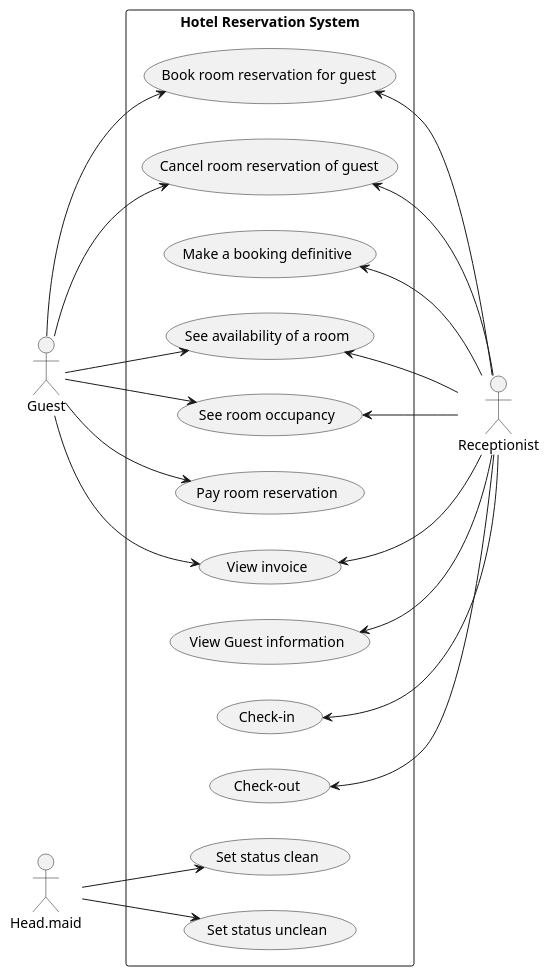
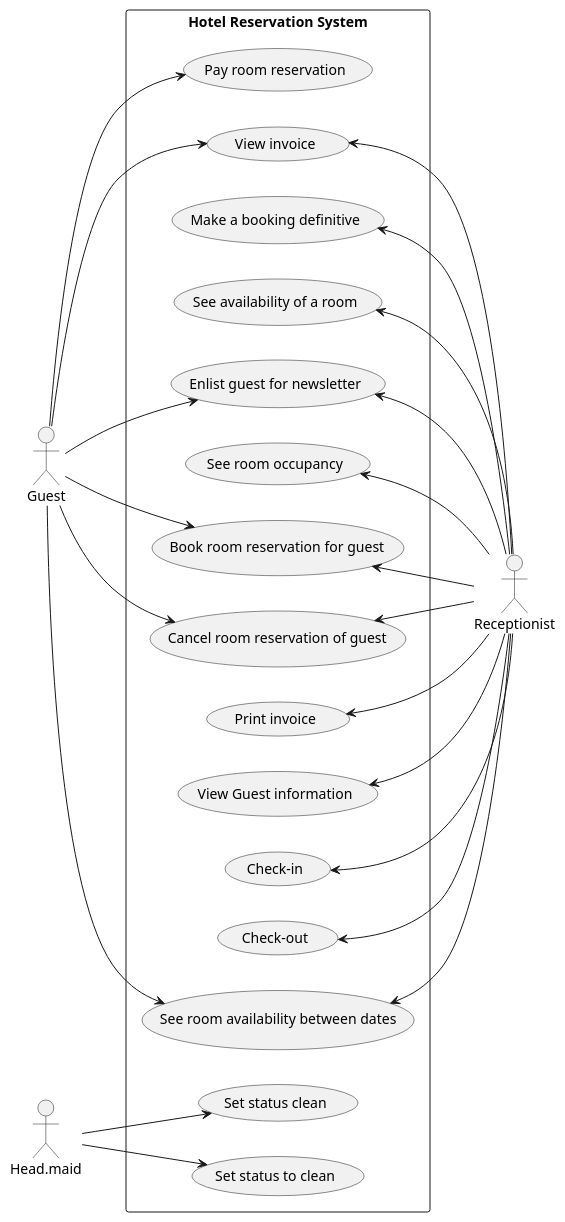
One commit to mrjink/molveno changed the diagram in src/main/docs/uml/use-case/hotel/reservation.puml. Above: the diagram before and after it, drawn with PlantUML. The commit also changed 1 other file, not shown here.

```diff
--- a/src/main/docs/uml/use-case/hotel/reservation.puml
+++ b/src/main/docs/uml/use-case/hotel/reservation.puml
@@ -1,45 +1,51 @@
 @startuml
 
 left to right direction
 
 actor Receptionist
 actor Guest
 actor Head.maid
 
 rectangle "Hotel Reservation System" {
     (Book room reservation for guest) as (RoomBook)
     (Cancel room reservation of guest) as (RoomCancel)
     (Make a booking definitive) as (BookingDefinite)
     (See availability of a room) as (RoomAvailable)
+    (See room availability between dates) as (RoomOccupancyBetweenDates)
     (See room occupancy) as (RoomOccupancy)
     (Pay room reservation) as (RoomPay)
     (View invoice) as (RoomInvoice)
+    (Print invoice) as (PrintInvoice)
     (View Guest information) as (GuestInfo)
     (Check-in) as (Checkin)
     (Check-out) as (Checkout)
     (Set status clean) as (StatusClean)
-    (Set status unclean) as (StatusUnclean)
+    (Set status to clean) as (StatusToclean)
+    (Enlist guest for newsletter) as (NewsLetter)
 
     (RoomBook) <-- Receptionist
     (RoomCancel) <-- Receptionist
     (BookingDefinite) <-- Receptionist
     (RoomAvailable) <-- Receptionist
+    (RoomOccupancyBetweenDates) <-- Receptionist
     (RoomOccupancy) <-- Receptionist
     (RoomInvoice) <-- Receptionist
+    (PrintInvoice) <-- Receptionist
     (GuestInfo) <--  Receptionist
+    (NewsLetter) <-- Receptionist
     (Checkin) <-- Receptionist
     (Checkout) <-- Receptionist
 
     Guest --> (RoomBook)
     Guest --> (RoomCancel)
-    Guest --> (RoomAvailable)
-    Guest --> (RoomOccupancy)
+    Guest --> (RoomOccupancyBetweenDates)
     Guest --> (RoomPay)
     Guest --> (RoomInvoice)
+    Guest --> (NewsLetter)
     Head.maid--> (StatusClean)
-    Head.maid--> (StatusUnclean)
+    Head.maid--> (StatusToclean)
 
 
 }
 
 @enduml
```
